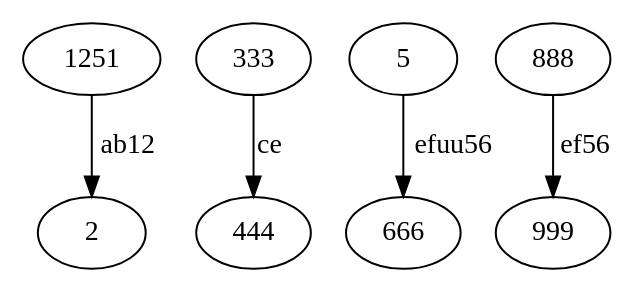
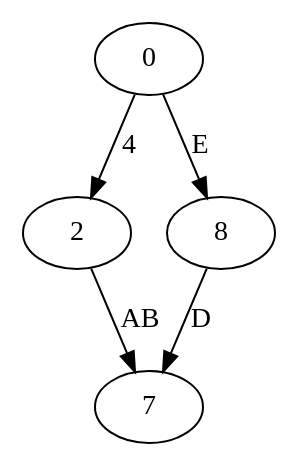
The diagram in Labels.dot (Joknaa/Project_G), drawn with Graphviz before and after one commit. The commit also changed 4 other files, not shown here.

```diff
--- a/Labels.dot
+++ b/Labels.dot
@@ -1,6 +1,6 @@
 digraph g {
-1251->2[label="ab12"];
-333->444[label="ce"];
-5->666[label="efuu56"];
-888->999[label="ef56"];
+0->2[label="4"];
+0->8[label="E"];
+2->7[label="AB"];
+8->7[label="D"];
 }
```
